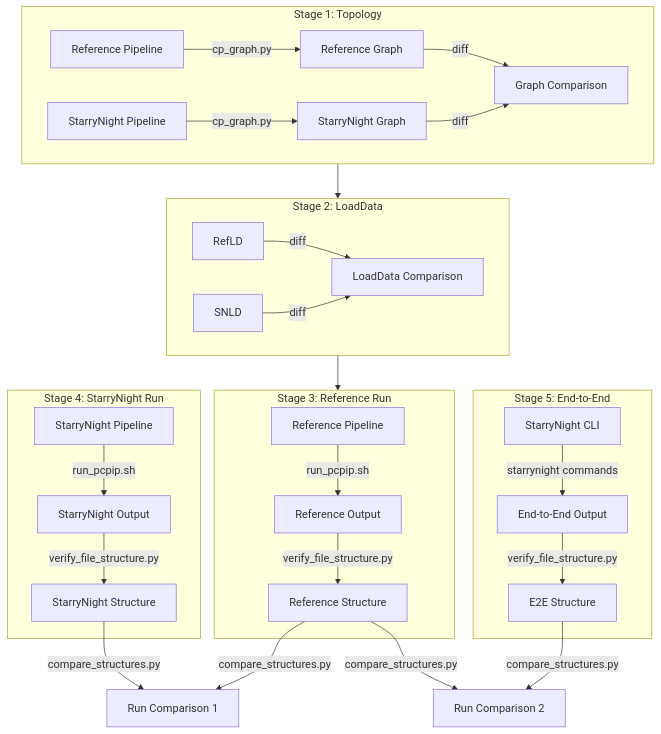
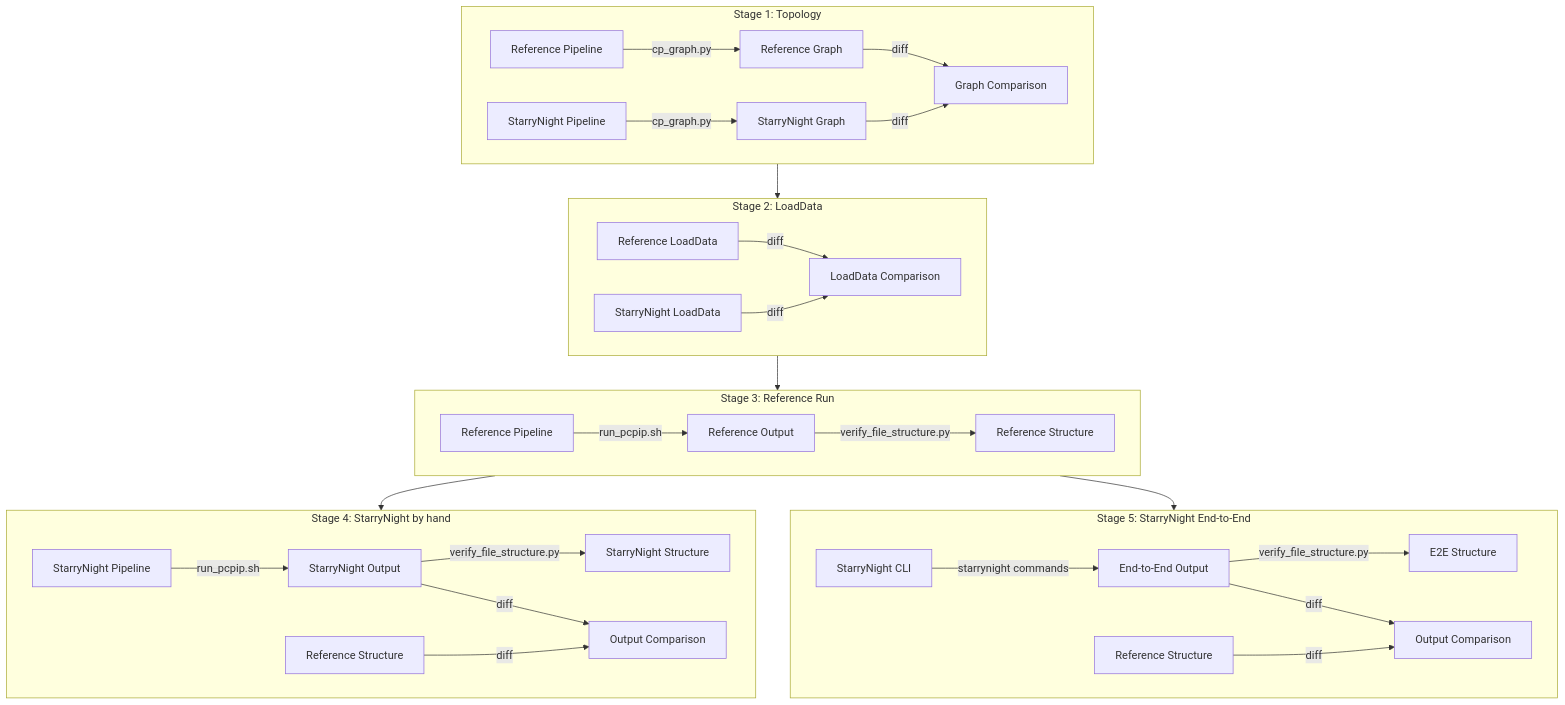
The diagram in docs/tester/README.md (broadinstitute/starrynight), drawn with Mermaid before and after one commit.

````diff
--- a/docs/tester/README.md
+++ b/docs/tester/README.md
@@ -102,41 +102,54 @@
 ```mermaid
 flowchart TD
     subgraph Stage1["Stage 1: Topology"]
         RefPipe[Reference Pipeline] -->|cp_graph.py| RefGraph[Reference Graph]
         SNPipe[StarryNight Pipeline] -->|cp_graph.py| SNGraph[StarryNight Graph]
         RefGraph -->|diff| GraphComp
         SNGraph -->|diff| GraphComp
         GraphComp[Graph Comparison]
     end
 
     subgraph Stage2["Stage 2: LoadData"]
-        RefLD -->|diff| LDComp
-        SNLD -->|diff| LDComp
+        RefLD[Reference LoadData] -->|diff| LDComp
+        SNLD[StarryNight LoadData] -->|diff| LDComp
         LDComp[LoadData Comparison]
     end
 
     subgraph Stage3["Stage 3: Reference Run"]
-        RefPipeExec[Reference Pipeline] -->|run_pcpip.sh| RefOut[Reference Output]
-        RefOut -->|verify_file_structure.py| RefStruct[Reference Structure]
+        RefPipeExec[Reference Pipeline] -->|run_pcpip.sh| RefOut
+        RefOut -->|verify_file_structure.py| RefStruct
+        RefOut[Reference Output]
+        RefStruct[Reference Structure]
     end
 
-    subgraph Stage4["Stage 4: StarryNight Run"]
-        SNPipeExec[StarryNight Pipeline] -->|run_pcpip.sh| SNOut[StarryNight Output]
-        SNOut -->|verify_file_structure.py| SNStruct[StarryNight Structure]
+    subgraph Stage4["Stage 4: StarryNight by hand"]
+        SNPipeExec[StarryNight Pipeline] -->|run_pcpip.sh| SN1Out
+        SN1Out -->|verify_file_structure.py| SN1Struct
+        SN1Out[StarryNight Output]
+        SN1Struct[StarryNight Structure]
+
+        SN1Out -->|diff| RefSN1Comp
+        Ref1Struct -->|diff| RefSN1Comp
+
+        RefSN1Comp[Output Comparison]
+        Ref1Struct[Reference Structure]
     end
 
-    subgraph Stage5["Stage 5: End-to-End"]
-        SNCLI[StarryNight CLI] -->|starrynight commands| E2EOut[End-to-End Output]
-        E2EOut -->|verify_file_structure.py| E2EStruct[E2E Structure]
+    subgraph Stage5["Stage 5: StarryNight End-to-End"]
+        SNCLI[StarryNight CLI] -->|starrynight commands| SN2Out
+        SN2Out -->|verify_file_structure.py| SN2Struct
+        SN2Out[End-to-End Output]
+        SN2Struct[E2E Structure]
+
+        SN2Out -->|diff| RefSN2Comp
+        Ref2Struct -->|diff| RefSN2Comp
+
+        RefSN2Comp[Output Comparison]
+        Ref2Struct[Reference Structure]
+
     end
 
     Stage1 --> Stage2 --> Stage3
-    SNStruct -->|compare_structures.py| RefComp1
-    RefStruct -->|compare_structures.py| RefComp1
-    RefComp1[Run Comparison 1]
-
-    RefStruct -->|compare_structures.py| RefComp2
-    E2EStruct -->|compare_structures.py| RefComp2
-    RefComp2[Run Comparison 2]
-
+    Stage3 --> Stage4
+    Stage3 --> Stage5
 ```
````
